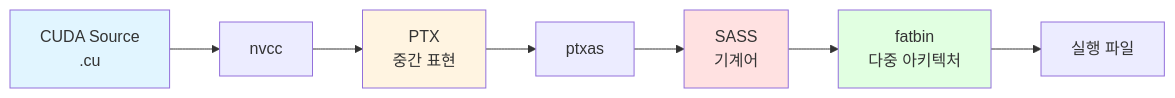
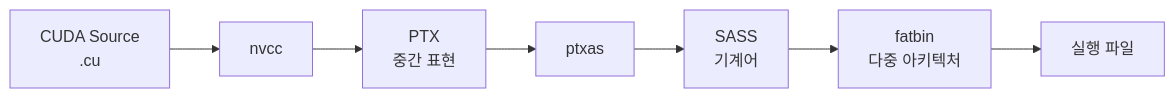
The first of 4 diagrams in docs/cuda/nvidia-cuda-architecture.md (juwon8891/juwon8891.github.io), drawn with Mermaid before and after one commit. The commit also changed other lines of this file and 18 other files, not shown here.

Commit message:
Remove bright colors from Mermaid diagrams for dark mode compatibility

````diff
--- a/docs/cuda/nvidia-cuda-architecture.md
+++ b/docs/cuda/nvidia-cuda-architecture.md
@@ -10,14 +10,10 @@
 ```mermaid
 graph LR
     A[CUDA Source<br/>.cu] --> B[nvcc]
     B --> C[PTX<br/>중간 표현]
     C --> D[ptxas]
     D --> E[SASS<br/>기계어]
     E --> F[fatbin<br/>다중 아키텍처]
     F --> G[실행 파일]
 
-    style A fill:#e1f5ff
-    style C fill:#fff4e1
-    style E fill:#ffe1e1
-    style F fill:#e1ffe1
 ```
````
